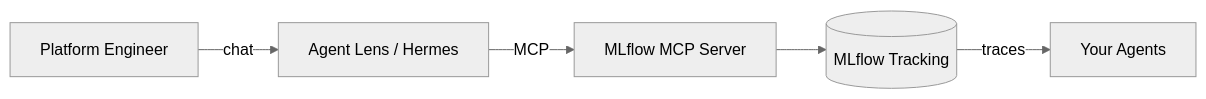
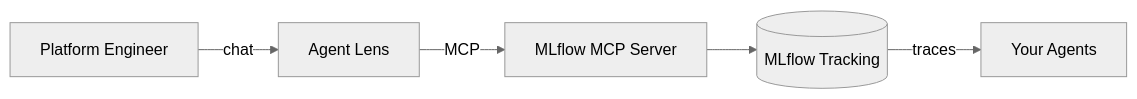
One commit to rrbanda/agent-lens changed the diagram in docs-site/docs/intro.md. Above: the diagram before and after it, drawn with Mermaid. The commit also changed other lines of this file and 10 other files, not shown here.

First line of the commit message:
docs: make Agent Lens framework-agnostic, Hermes as reference runtime

````diff
--- a/docs-site/docs/intro.md
+++ b/docs-site/docs/intro.md
@@ -36,8 +37,8 @@
 ```mermaid
 %%{init: {'theme': 'neutral'}}%%
 graph LR
-    User[Platform Engineer] -->|chat| AL[Agent Lens / Hermes]
+    User[Platform Engineer] -->|chat| AL[Agent Lens]
     AL -->|MCP| MCP[MLflow MCP Server]
     MCP --> MLflow[(MLflow Tracking)]
     MLflow -->|traces| Agents[Your Agents]
 ```
````
